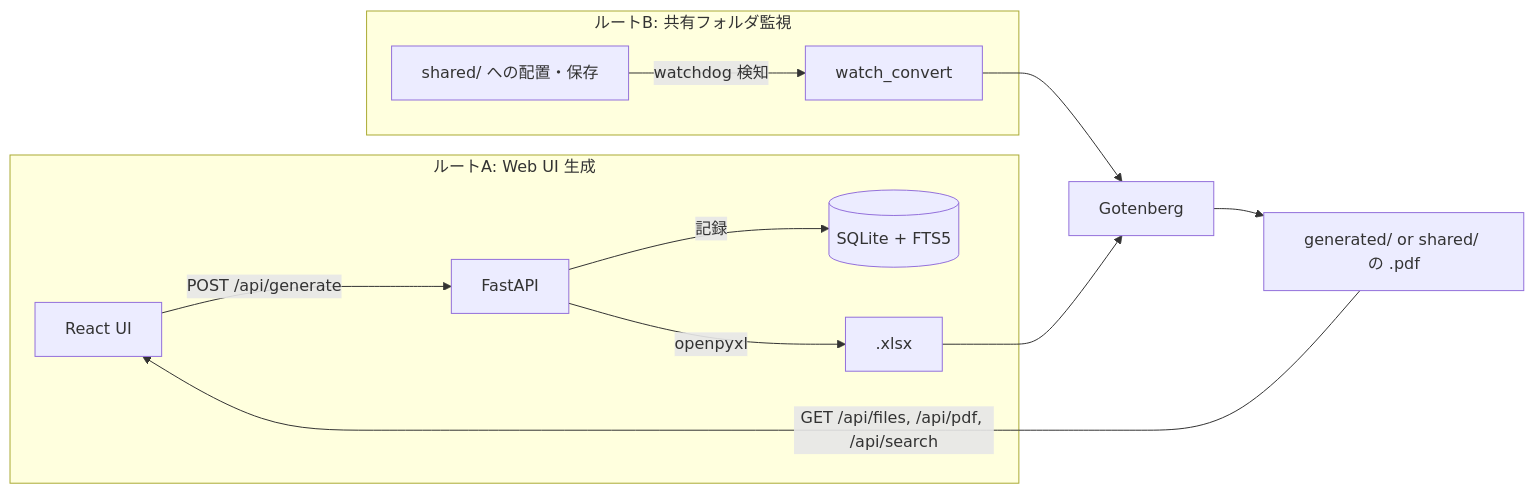
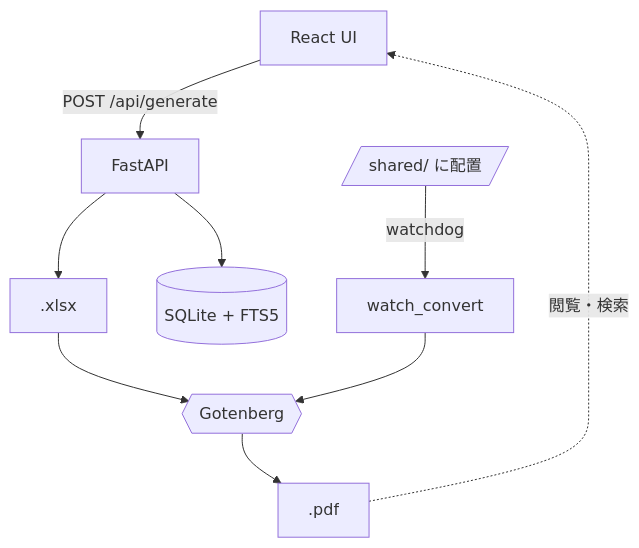
The diagram in README.md (yktsnet/excel-kanri), drawn with Mermaid before and after one commit. The commit also changed 1 other file, not shown here.

Commit message:
docs(readme): switch architecture diagram to TD
2つの入口が Gotenberg で合流する構造が LR では見えないため TD にする。
幅を押し広げていた API 列挙のエッジラベルは本文へ退避。

````diff
--- a/README.md
+++ b/README.md
@@ -38,18 +40,11 @@
 ```mermaid
-graph LR
-    subgraph routeA["ルートA: Web UI 生成"]
-        UI["React UI"] -->|"POST /api/generate"| API["FastAPI"]
-        API -->|"記録"| DB[("SQLite + FTS5")]
-        API -->|"openpyxl"| XLSX[".xlsx"]
-    end
-
-    subgraph routeB["ルートB: 共有フォルダ監視"]
-        SHARED["shared/ への配置・保存"] -->|"watchdog 検知"| WATCH["watch_convert"]
-    end
-
-    XLSX --> GB["Gotenberg"]
+flowchart TD
+    UI["React UI"] -->|"POST /api/generate"| API["FastAPI"]
+    SHARED[/"shared/ に配置"/] -->|"watchdog"| WATCH["watch_convert"]
+    API --> XLSX[".xlsx"]
+    API --> DB[("SQLite + FTS5")]
+    XLSX --> GB{{"Gotenberg"}}
     WATCH --> GB
-    GB --> PDF["generated/ or shared/ の .pdf"]
-
-    PDF -->|"GET /api/files, /api/pdf, /api/search"| UI
+    GB --> PDF[".pdf"]
+    PDF -.->|"閲覧・検索"| UI
 ```
````
